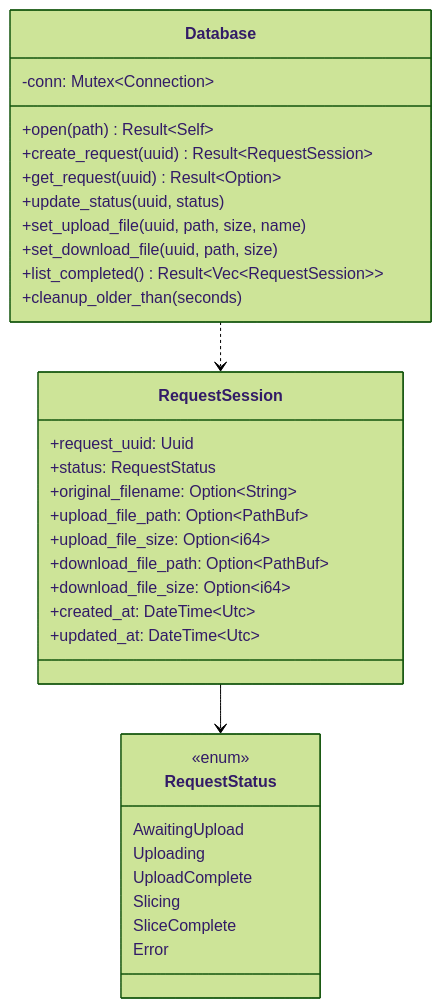
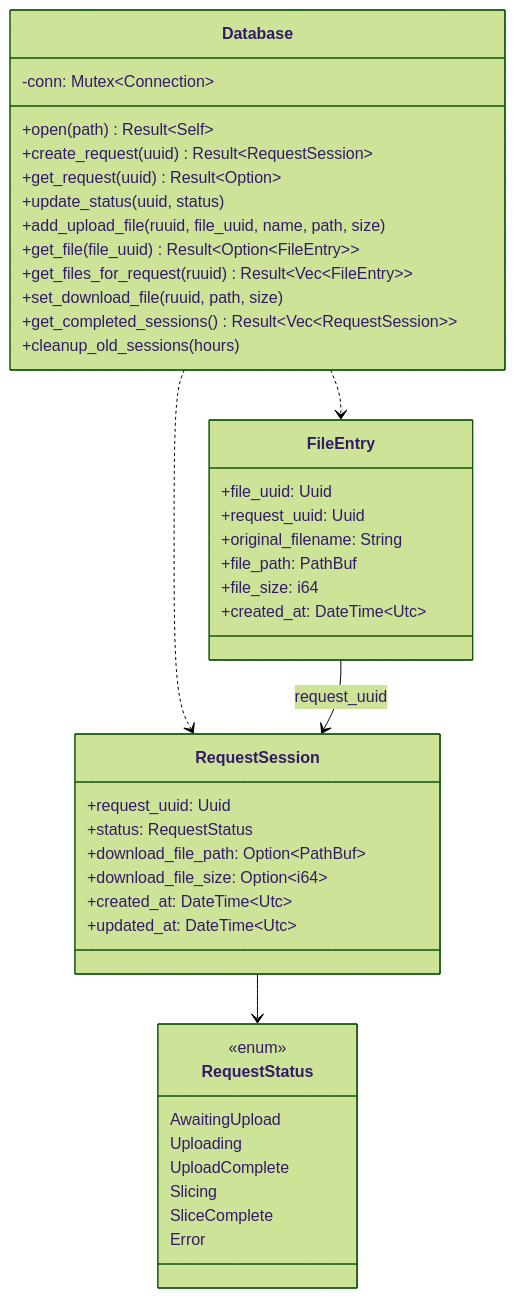
Before and after one commit to max-scopp/slicer-engine: the second of 4 diagrams in src/db/README.md, drawn with Mermaid (forest theme). The commit also changed other lines of this file and 5 other files, not shown here.

First line of the commit message:
drop legacy upload columns from requests; rebuild docs around ruuid+ofids

````diff
--- a/src/db/README.md
+++ b/src/db/README.md
@@ -94,36 +114,45 @@
 ```mermaid
 classDiagram
     class Database {
         -conn: Mutex~Connection~
         +open(path) Result~Self~
         +create_request(uuid) Result~RequestSession~
         +get_request(uuid) Result~Option~
         +update_status(uuid, status)
-        +set_upload_file(uuid, path, size, name)
-        +set_download_file(uuid, path, size)
-        +list_completed() Result~Vec~RequestSession~~
-        +cleanup_older_than(seconds)
+        +add_upload_file(ruuid, file_uuid, name, path, size)
+        +get_file(file_uuid) Result~Option~FileEntry~~
+        +get_files_for_request(ruuid) Result~Vec~FileEntry~~
+        +set_download_file(ruuid, path, size)
+        +get_completed_sessions() Result~Vec~RequestSession~~
+        +cleanup_old_sessions(hours)
     }
     class RequestSession {
         +request_uuid: Uuid
         +status: RequestStatus
-        +original_filename: Option~String~
-        +upload_file_path: Option~PathBuf~
-        +upload_file_size: Option~i64~
         +download_file_path: Option~PathBuf~
         +download_file_size: Option~i64~
         +created_at: DateTime~Utc~
         +updated_at: DateTime~Utc~
+    }
+    class FileEntry {
+        +file_uuid: Uuid
+        +request_uuid: Uuid
+        +original_filename: String
+        +file_path: PathBuf
+        +file_size: i64
+        +created_at: DateTime~Utc~
     }
     class RequestStatus {
         <<enum>>
         AwaitingUpload
         Uploading
         UploadComplete
         Slicing
         SliceComplete
         Error
     }
     Database ..> RequestSession
+    Database ..> FileEntry
     RequestSession --> RequestStatus
+    FileEntry --> RequestSession : request_uuid
 ```
````
